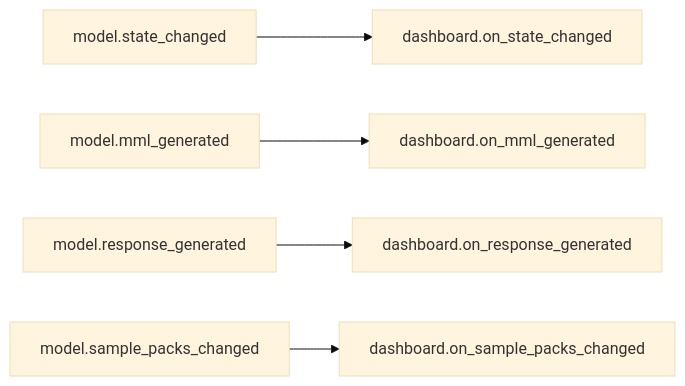
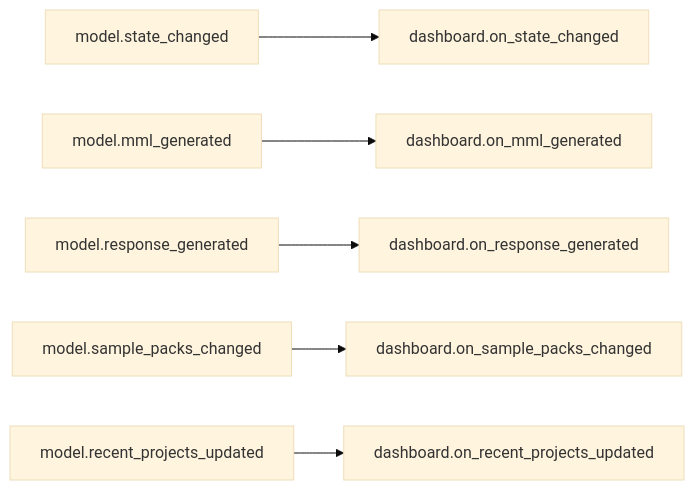
The first of 10 diagrams in doc/source/dashboard_signal_slot_map.rst (com-posers-pit/smw_music), drawn with Mermaid (base theme) before and after one commit. The commit also changed other lines of this file and 3 other files, not shown here.

```diff
--- a/doc/source/dashboard_signal_slot_map.rst
+++ b/doc/source/dashboard_signal_slot_map.rst
@@ -22,7 +22,8 @@
 .. mermaid::
 
    flowchart LR
       model.state_changed --> dashboard.on_state_changed
       model.mml_generated --> dashboard.on_mml_generated
       model.response_generated --> dashboard.on_response_generated
       model.sample_packs_changed --> dashboard.on_sample_packs_changed
+      model.recent_projects_updated --> dashboard.on_recent_projects_updated
```
